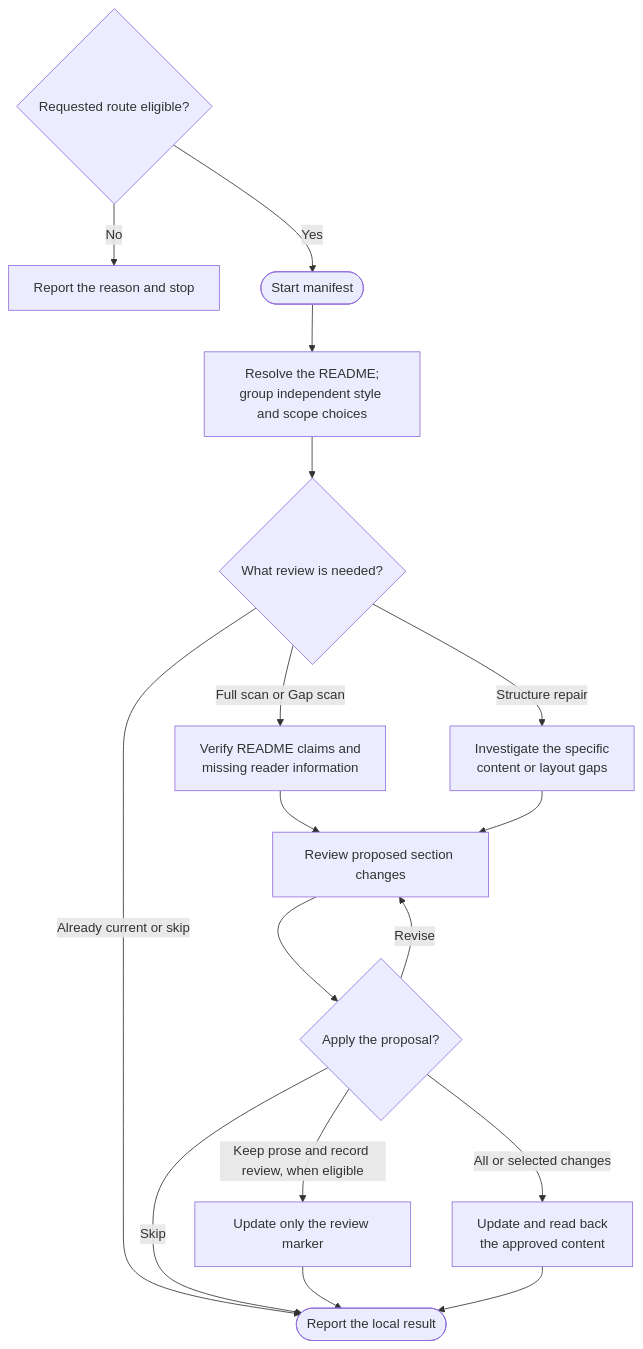
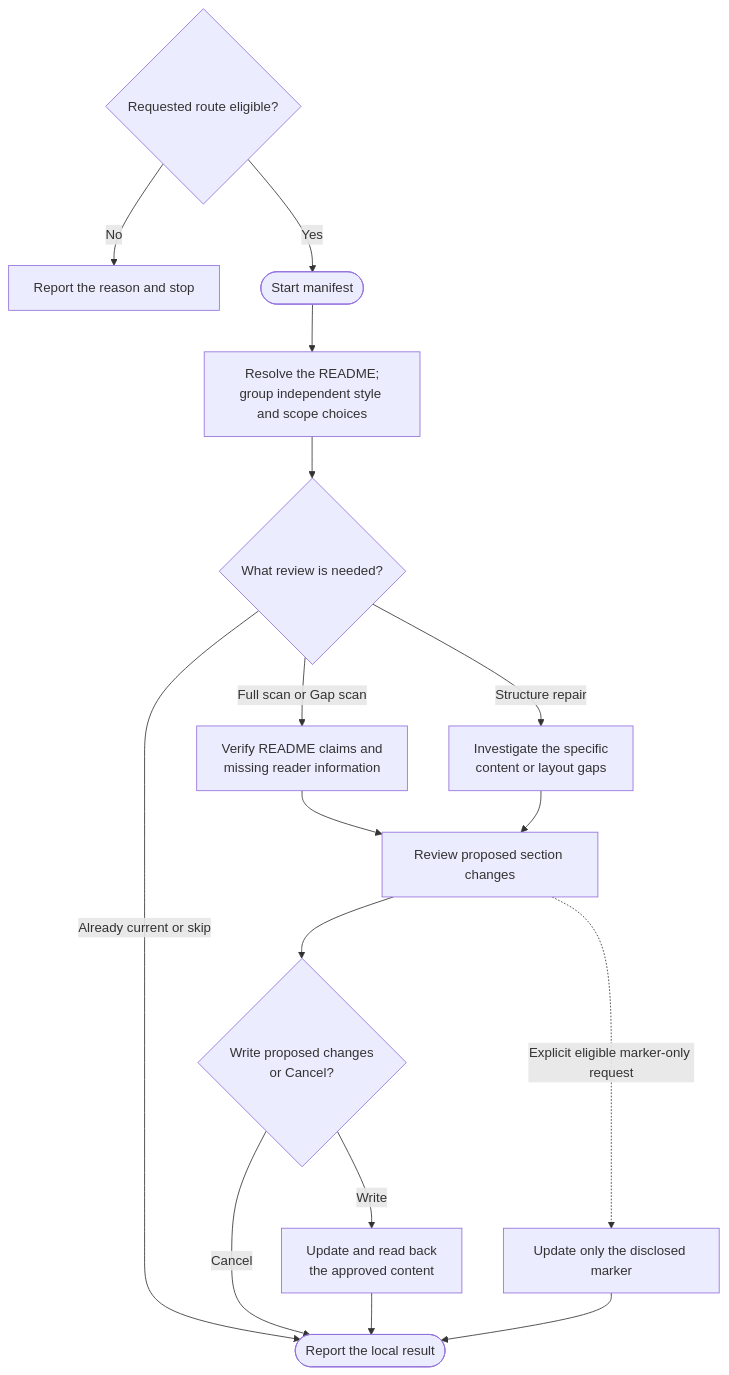
The diagram in docs/commands/manifest/detailed.md (myowinthein/agent-helm), drawn with Mermaid before and after one commit. The commit also changed other lines of this file and 3 other files, not shown here.

````diff
--- a/docs/commands/manifest/detailed.md
+++ b/docs/commands/manifest/detailed.md
@@ -22,19 +22,18 @@
 ```mermaid
 flowchart TD
   Entry{"Requested route eligible?"} -->|No| Blocked["Report the reason and stop"]
   Entry -->|Yes| Start
   Start(["Start manifest"]) --> Target["Resolve the README;<br/>group independent style and scope choices"]
   Target --> Scope{"What review is needed?"}
   Scope -->|Already current or skip| Finish(["Report the local result"])
   Scope -->|Full scan or Gap scan| Scan["Verify README claims and<br/>missing reader information"]
   Scope -->|Structure repair| Repair["Investigate the specific<br/>content or layout gaps"]
   Scan --> Review["Review proposed section changes"]
   Repair --> Review
-  Review --> Choice{"Apply the proposal?"}
-  Choice -->|Revise| Review
-  Choice -->|Skip| Finish
-  Choice -->|Keep prose and record review, when eligible| Marker["Update only the review marker"]
+  Review --> Choice{"Write proposed changes<br/>or Cancel?"}
+  Choice -->|Cancel| Finish
+  Review -.->|Explicit eligible marker-only request| Marker["Update only the disclosed marker"]
   Marker --> Finish
-  Choice -->|All or selected changes| Write["Update and read back<br/>the approved content"]
+  Choice -->|Write| Write["Update and read back<br/>the approved content"]
   Write --> Finish
 ```
````
